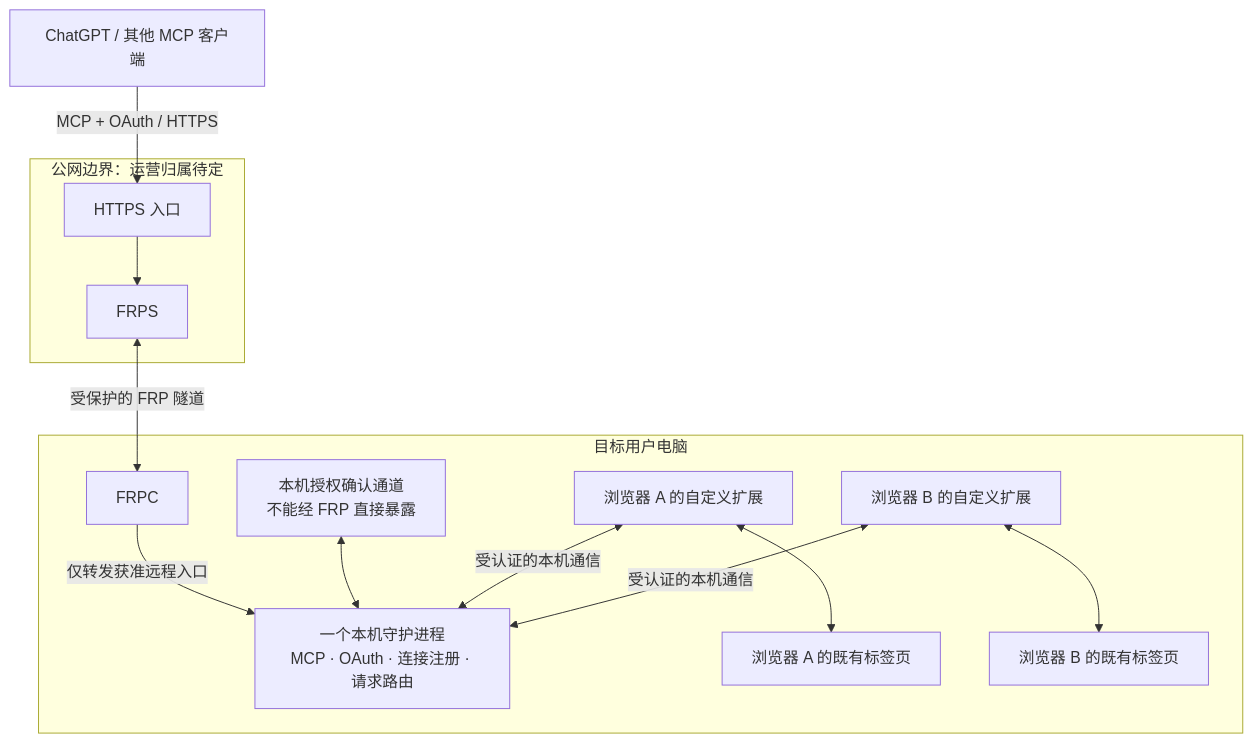
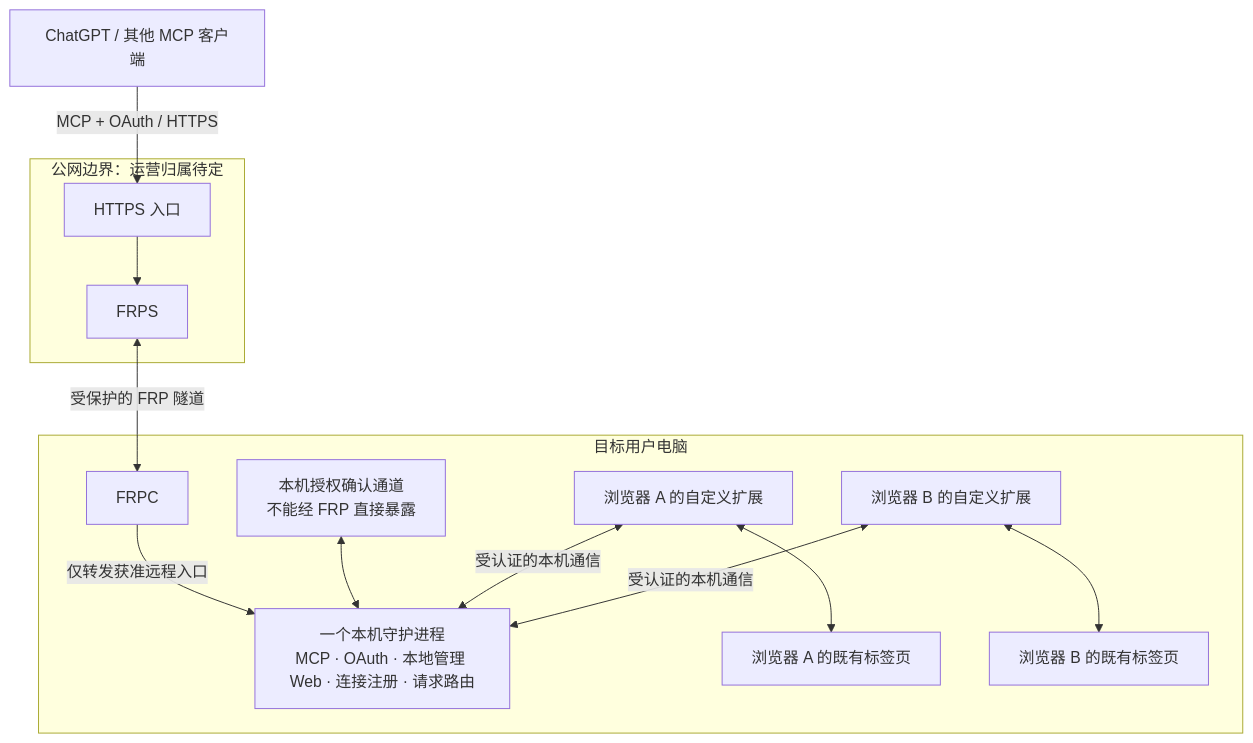
Before and after one commit to bYiyLi/Avru: the diagram in docs/design.md, drawn with Mermaid. The commit also changed other lines of this file and 3 other files, not shown here.

````diff
--- a/docs/design.md
+++ b/docs/design.md
@@ -17,26 +17,26 @@
 ```mermaid
 flowchart TB
     AI["ChatGPT / 其他 MCP 客户端"]
     subgraph Public["公网边界：运营归属待定"]
         Entry["HTTPS 入口"]
         FRPS["FRPS"]
     end
     subgraph PC["目标用户电脑"]
         FRPC["FRPC"]
-        Daemon["一个本机守护进程<br/>MCP · OAuth · 连接注册 · 请求路由"]
+        Daemon["一个本机守护进程<br/>MCP · OAuth · 本地管理 Web · 连接注册 · 请求路由"]
         LocalAuth["本机授权确认通道<br/>不能经 FRP 直接暴露"]
         ExtA["浏览器 A 的自定义扩展"]
         ExtB["浏览器 B 的自定义扩展"]
         TabsA["浏览器 A 的既有标签页"]
         TabsB["浏览器 B 的既有标签页"]
     end
     AI -->|"MCP + OAuth / HTTPS"| Entry
     Entry --> FRPS
     FRPS <-->|"受保护的 FRP 隧道"| FRPC
     FRPC -->|"仅转发获准远程入口"| Daemon
     LocalAuth <--> Daemon
     ExtA <-->|"受认证的本机通信"| Daemon
     ExtB <-->|"受认证的本机通信"| Daemon
     ExtA <--> TabsA
     ExtB <--> TabsB
 ```
````
